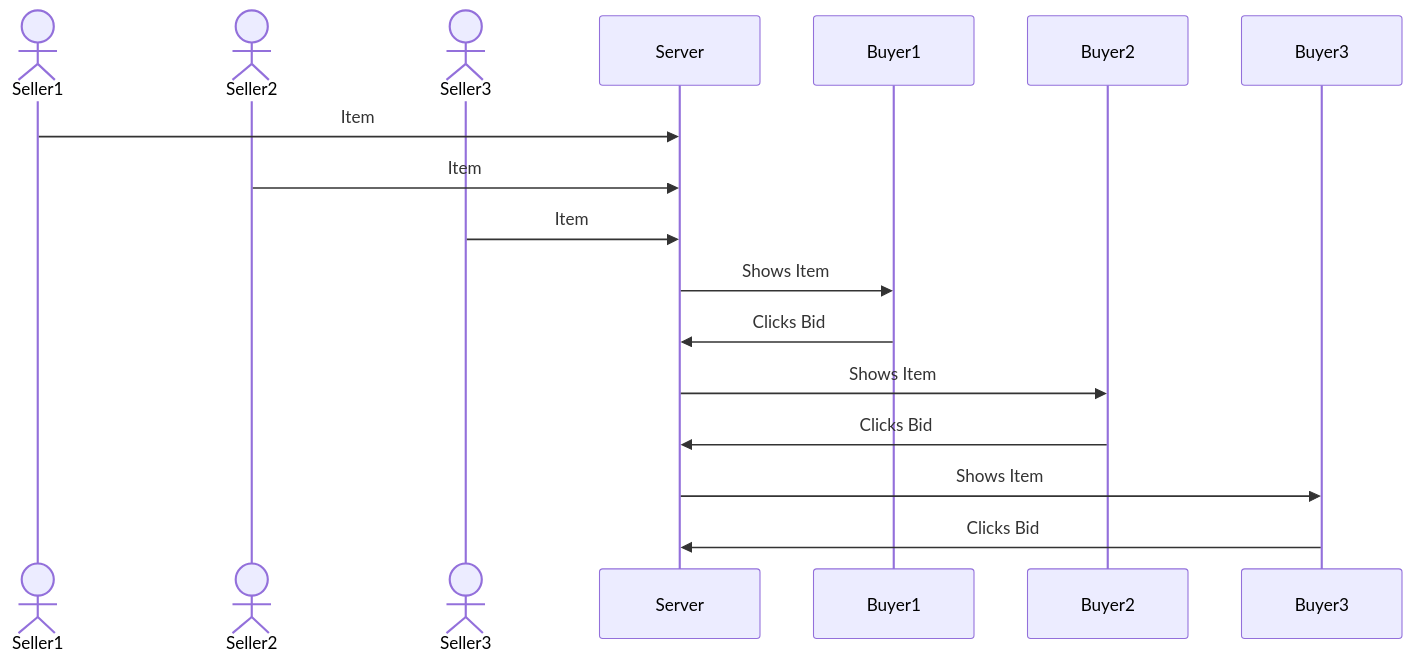
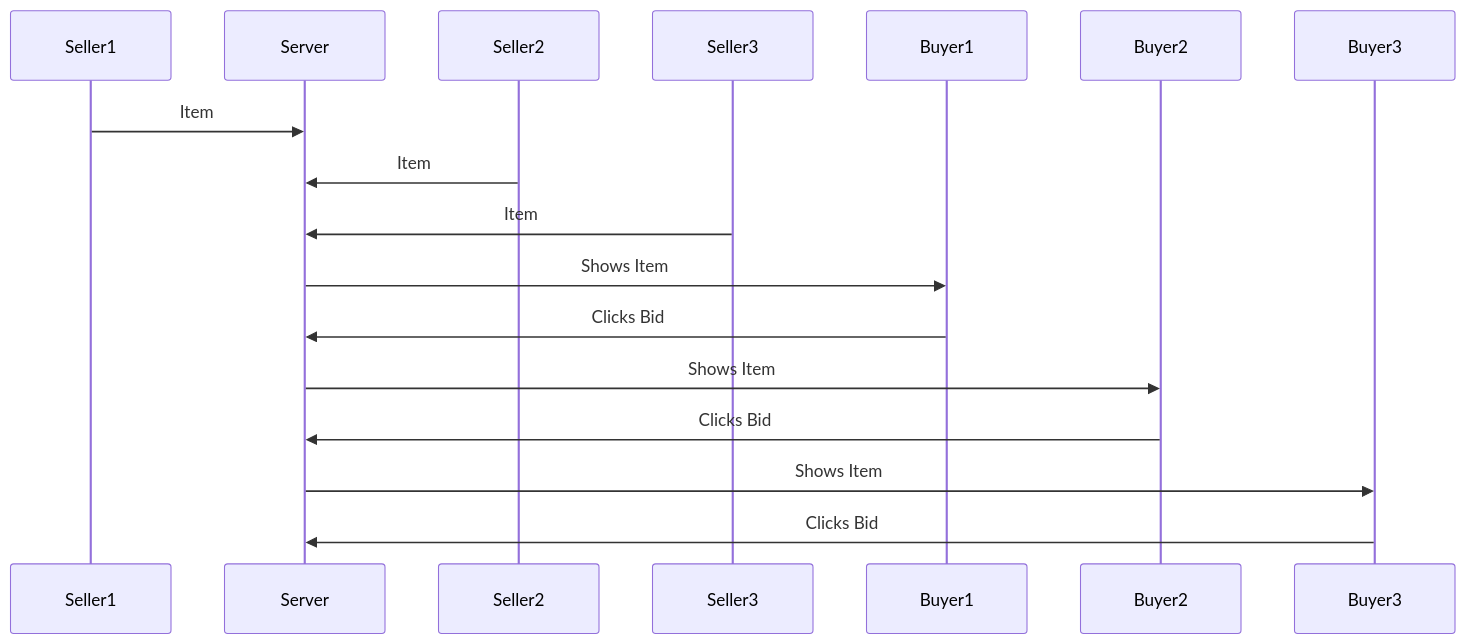
One commit to RiceChips1000/startup changed the diagram in README.md. Above: the diagram before and after it, drawn with Mermaid.

Commit message:
Testing Sequence

````diff
--- a/README.md
+++ b/README.md
@@ -36,19 +36,17 @@
 ```mermaid
 sequenceDiagram
-    actor Seller1
-    actor Seller2
-    actor Seller3
+
     Seller1->>Server: Item
     Seller2->>Server: Item
     Seller3->>Server: Item
     Server->>Buyer1: Shows Item
     Buyer1->>Server: Clicks Bid
     Server->>Buyer2: Shows Item
     Buyer2->>Server: Clicks Bid
     Server->>Buyer3: Shows Item
     Buyer3->>Server: Clicks Bid
     actor Buyer1
     actor Buyer2
     actor Buyer3
     
 ```
````
